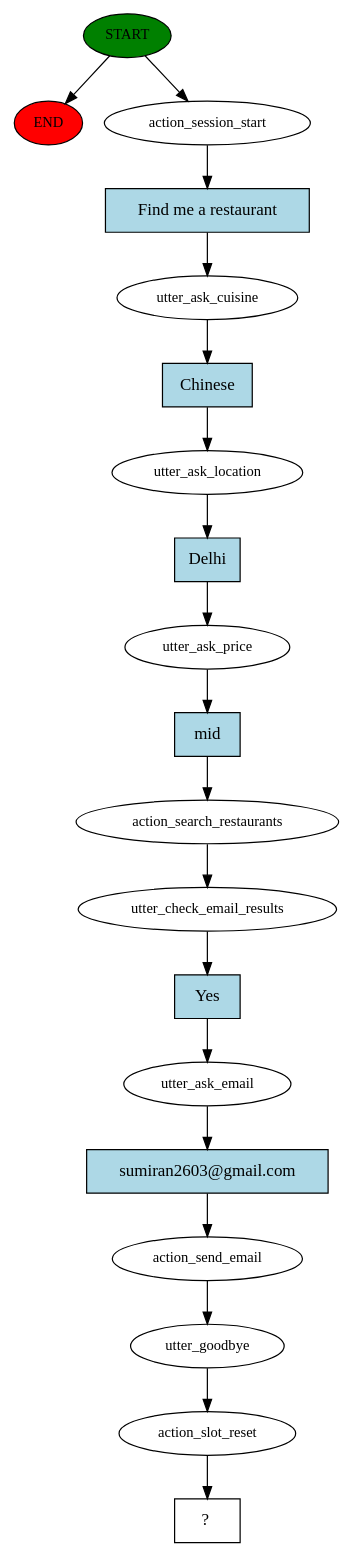
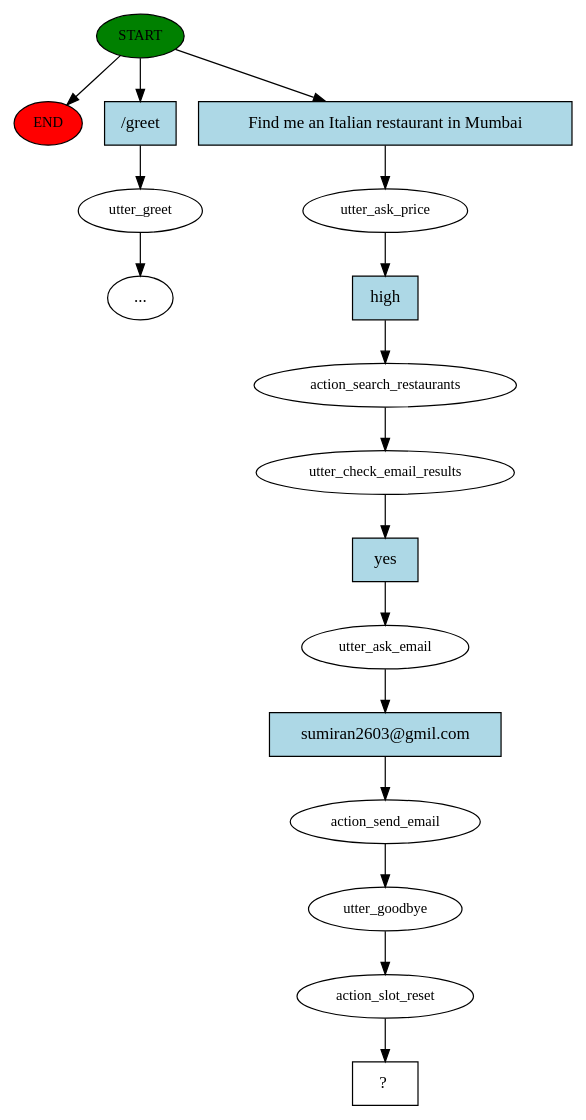
The diagram in Rasa_basic_folder/story_graph.dot (rahulgoyal223/DatascienceProjects), drawn with Graphviz before and after one commit. The commit also changed 12 other files, not shown here.

```diff
--- a/Rasa_basic_folder/story_graph.dot
+++ b/Rasa_basic_folder/story_graph.dot
@@ -1,39 +1,35 @@
 digraph  {
 0 [class="start active", fillcolor=green, fontsize=12, label=START, style=filled];
 "-1" [class=end, fillcolor=red, fontsize=12, label=END, style=filled];
-1 [class=active, fontsize=12, label=action_session_start];
-2 [class=active, fontsize=12, label=utter_ask_cuisine];
-3 [class=active, fontsize=12, label=utter_ask_location];
-4 [class=active, fontsize=12, label=utter_ask_price];
-5 [class=active, fontsize=12, label=action_search_restaurants];
-6 [class=active, fontsize=12, label=utter_check_email_results];
-7 [class=active, fontsize=12, label=utter_ask_email];
-8 [class=active, fontsize=12, label=action_send_email];
-9 [class=active, fontsize=12, label=utter_goodbye];
-10 [class=active, fontsize=12, label=action_slot_reset];
-11 [class="intent dashed active", label="  ?  ", shape=rect];
-12 [class="intent active", fillcolor=lightblue, label="Find me a restaurant", shape=rect, style=filled];
-13 [class="intent active", fillcolor=lightblue, label=Chinese, shape=rect, style=filled];
-14 [class="intent active", fillcolor=lightblue, label=Delhi, shape=rect, style=filled];
-15 [class="intent active", fillcolor=lightblue, label=mid, shape=rect, style=filled];
-16 [class="intent active", fillcolor=lightblue, label=Yes, shape=rect, style=filled];
-17 [class="intent active", fillcolor=lightblue, label="sumiran2603@gmail.com", shape=rect, style=filled];
+1 [class="", fontsize=12, label=utter_greet];
+"-15" [class=ellipsis, label="..."];
+14 [class=active, fontsize=12, label=utter_ask_price];
+15 [class=active, fontsize=12, label=action_search_restaurants];
+16 [class=active, fontsize=12, label=utter_check_email_results];
+17 [class=active, fontsize=12, label=utter_ask_email];
+18 [class=active, fontsize=12, label=action_send_email];
+19 [class=active, fontsize=12, label=utter_goodbye];
+20 [class=active, fontsize=12, label=action_slot_reset];
+21 [class="intent dashed active", label="  ?  ", shape=rect];
+22 [class=intent, fillcolor=lightblue, label="/greet", shape=rect, style=filled];
+23 [class="intent active", fillcolor=lightblue, label="Find me an Italian restaurant in Mumbai", shape=rect, style=filled];
+24 [class="intent active", fillcolor=lightblue, label=high, shape=rect, style=filled];
+25 [class="intent active", fillcolor=lightblue, label=yes, shape=rect, style=filled];
+26 [class="intent active", fillcolor=lightblue, label="sumiran2603@gmil.com", shape=rect, style=filled];
 0 -> "-1"  [class="", key=NONE, label=""];
-0 -> 1  [class=active, key=NONE, label=""];
-1 -> 12  [class=active, key=0];
-2 -> 13  [class=active, key=0];
-3 -> 14  [class=active, key=0];
-4 -> 15  [class=active, key=0];
-5 -> 6  [class=active, key=NONE, label=""];
-6 -> 16  [class=active, key=0];
-7 -> 17  [class=active, key=0];
-8 -> 9  [class=active, key=NONE, label=""];
-9 -> 10  [class=active, key=NONE, label=""];
-10 -> 11  [class=active, key=NONE, label=""];
-12 -> 2  [class=active, key=0];
-13 -> 3  [class=active, key=0];
-14 -> 4  [class=active, key=0];
-15 -> 5  [class=active, key=0];
-16 -> 7  [class=active, key=0];
-17 -> 8  [class=active, key=0];
+0 -> 22  [class="", key=0];
+0 -> 23  [class=active, key=0];
+1 -> "-15"  [class="", key=NONE, label=""];
+14 -> 24  [class=active, key=0];
+15 -> 16  [class=active, key=NONE, label=""];
+16 -> 25  [class=active, key=0];
+17 -> 26  [class=active, key=0];
+18 -> 19  [class=active, key=NONE, label=""];
+19 -> 20  [class=active, key=NONE, label=""];
+20 -> 21  [class=active, key=NONE, label=""];
+22 -> 1  [class="", key=0];
+23 -> 14  [class=active, key=0];
+24 -> 15  [class=active, key=0];
+25 -> 17  [class=active, key=0];
+26 -> 18  [class=active, key=0];
 }
```
